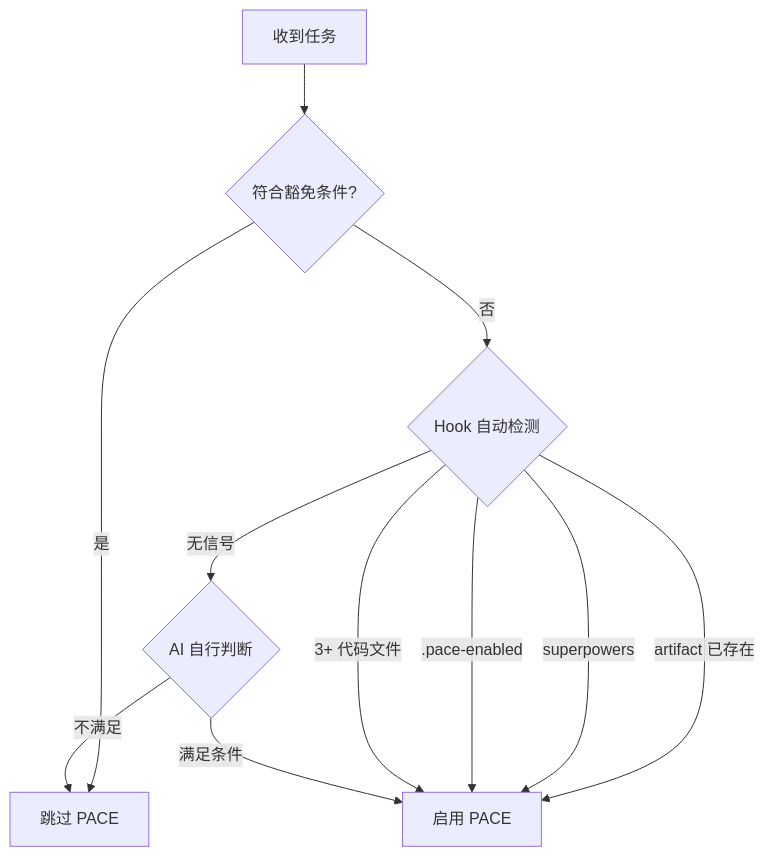
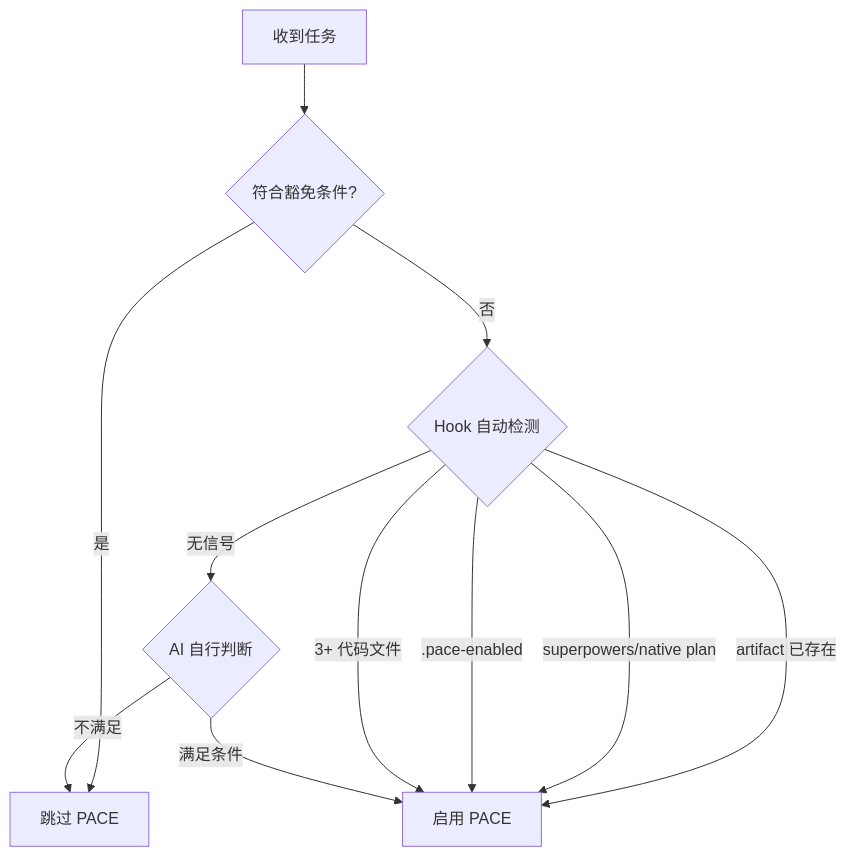
One commit to gdutboy/paceflow changed the diagram in skills/pace-workflow/SKILL.md. Above: the diagram before and after it, drawn with Mermaid. The commit also changed other lines of this file and 35 other files, not shown here.

````diff
--- a/skills/pace-workflow/SKILL.md
+++ b/skills/pace-workflow/SKILL.md
@@ -16,13 +18,13 @@
 ```mermaid
 flowchart TD
     A[收到任务] --> B{符合豁免条件?}
     B -->|是| C[跳过 PACE]
     B -->|否| D{Hook 自动检测}
     D -->|artifact 已存在| E[启用 PACE]
-    D -->|superpowers| E
+    D -->|superpowers/native plan| E
     D -->|.pace-enabled| E
     D -->|3+ 代码文件| E
     D -->|无信号| F{AI 自行判断}
     F -->|满足条件| E
     F -->|不满足| C
 ```
````
